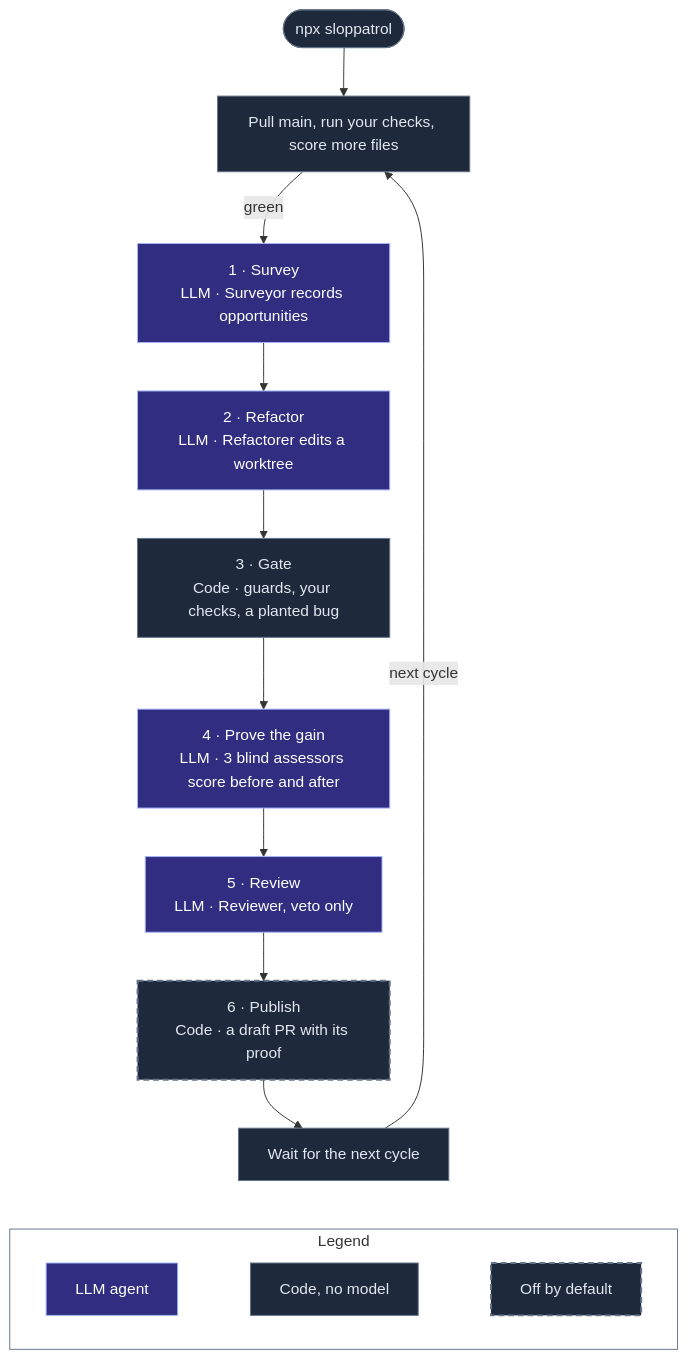
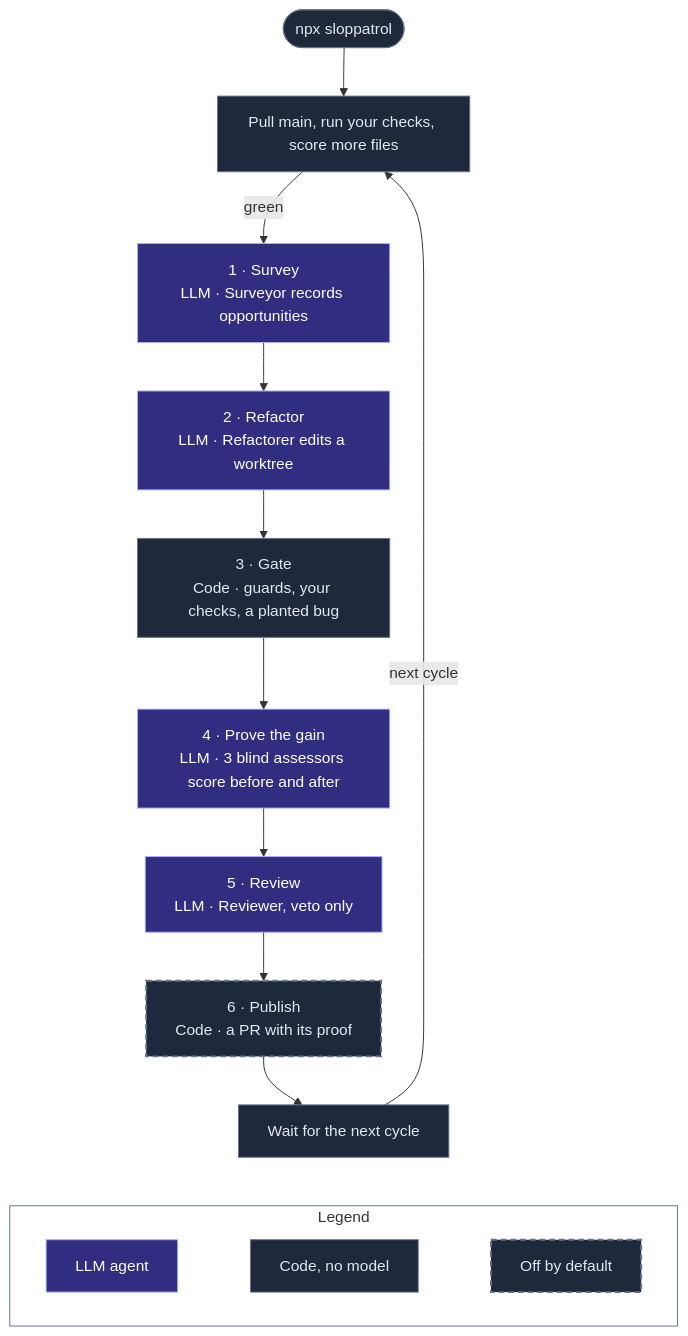
Before and after one commit to agent-labs-dev/sloppatrol: the diagram in README.md, drawn with Mermaid. The commit also changed other lines of this file and 5 other files, not shown here.

````diff
--- a/README.md
+++ b/README.md
@@ -29,26 +29,26 @@
 ```mermaid
 flowchart TB
   start(["npx sloppatrol"]) --> pull["Pull main, run your checks, score more files"]
   pull -->|green| survey["1 · Survey<br/>LLM · Surveyor records opportunities"]
   survey --> refactor["2 · Refactor<br/>LLM · Refactorer edits a worktree"]
   refactor --> gate["3 · Gate<br/>Code · guards, your checks, a planted bug"]
   gate --> assess["4 · Prove the gain<br/>LLM · 3 blind assessors score before and after"]
   assess --> review["5 · Review<br/>LLM · Reviewer, veto only"]
-  review --> publish["6 · Publish<br/>Code · a draft PR with its proof"]
+  review --> publish["6 · Publish<br/>Code · a PR with its proof"]
   publish --> wait["Wait for the next cycle"]
   wait -->|"next cycle"| pull
 
   subgraph legend ["Legend"]
     direction LR
     l1["LLM agent"] ~~~ l3["Code, no model"] ~~~ l4["Off by default"]
   end
   wait ~~~ legend
 
   classDef llm fill:#312e81,stroke:#a5b4fc,color:#ffffff
   classDef code fill:#1e293b,stroke:#64748b,color:#e2e8f0
   classDef opt fill:#1e293b,stroke:#64748b,color:#e2e8f0,stroke-width:2px,stroke-dasharray:6 4
   class survey,refactor,assess,review,l1 llm
   class start,pull,gate,wait,l3 code
   class publish,l4 opt
   style legend fill:transparent,stroke:#64748b
 ```
````
